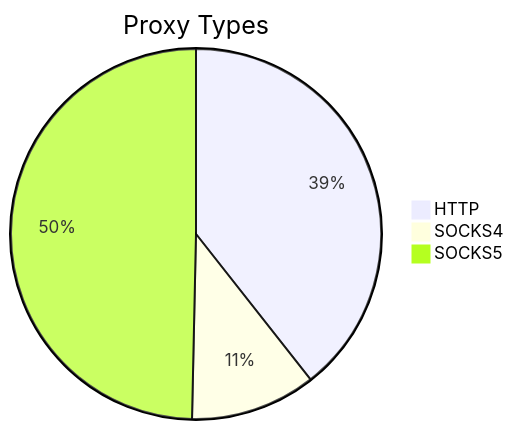
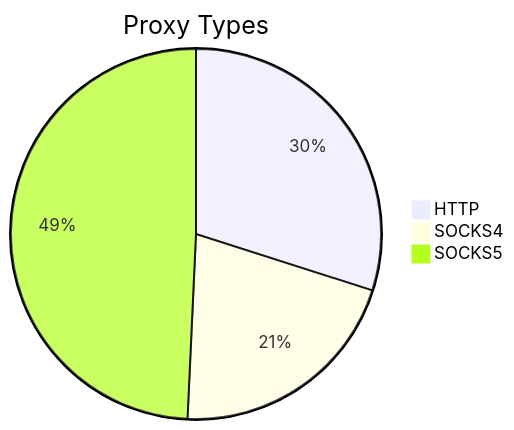
The first of 2 diagrams in README.md (stormsia/proxy-list), drawn with Mermaid before and after one commit. The commit also changed other lines of this file, not shown here.

````diff
--- a/README.md
+++ b/README.md
@@ -21,6 +21,6 @@
 ```mermaid
 pie title Proxy Types
-    "HTTP" : 115
-    "SOCKS4" : 32
-    "SOCKS5" : 145
+    "HTTP" : 82
+    "SOCKS4" : 57
+    "SOCKS5" : 135
 ```
````
